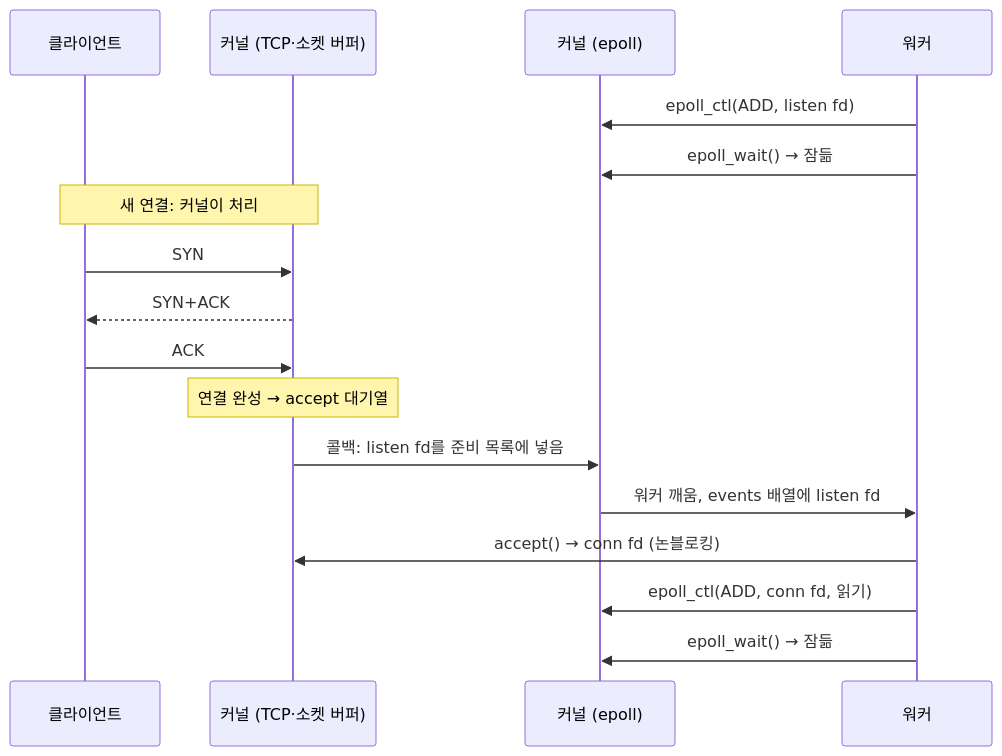
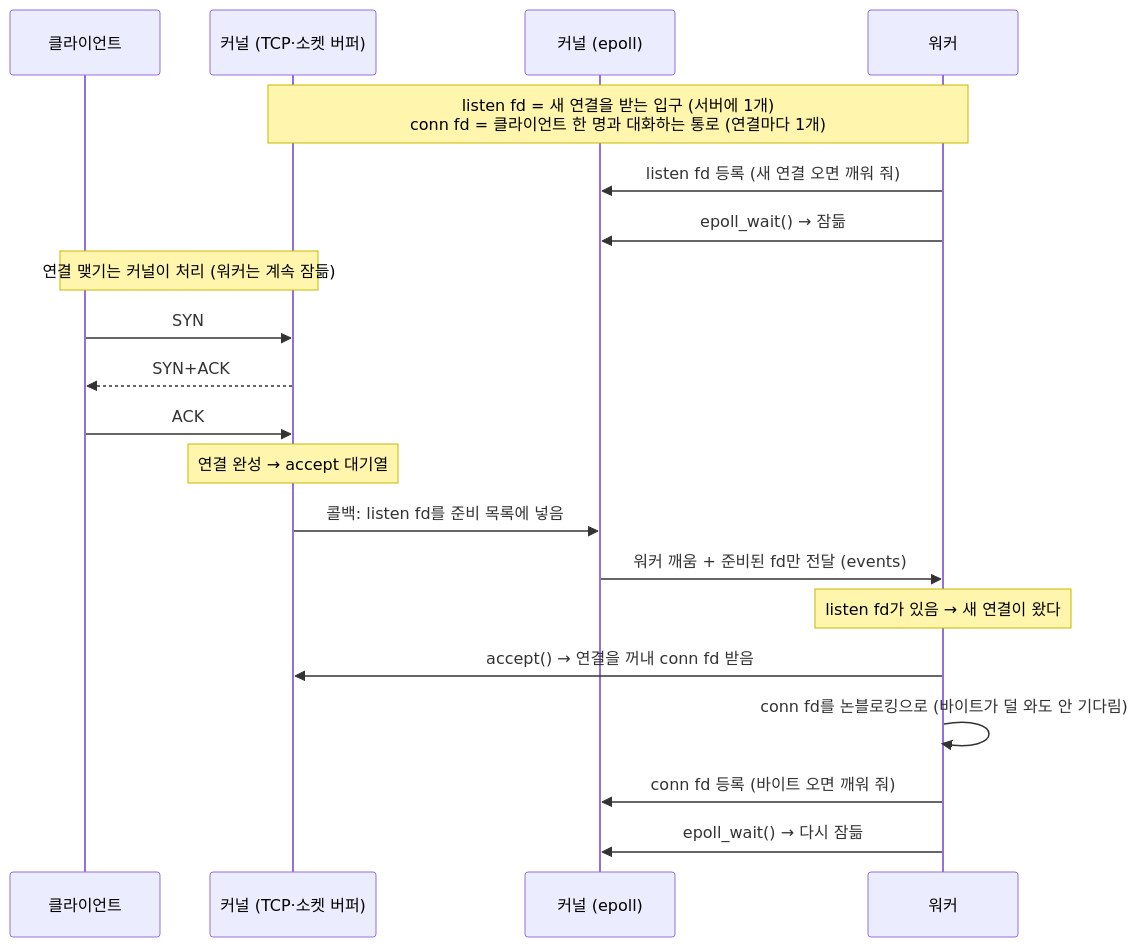
Before and after one commit to choimoohun/SW-AI-W13-Web-Server: the first of 2 diagrams in README.md, drawn with Mermaid.

````diff
--- a/README.md
+++ b/README.md
@@ -43,23 +43,28 @@
 ```mermaid
 %%{init: {'themeVariables': {'noteBkgColor': '#fff5ad', 'noteTextColor': '#000000', 'noteBorderColor': '#c9b800'}}}%%
 sequenceDiagram
     participant C as 클라이언트
     participant K as 커널 (TCP·소켓 버퍼)
     participant E as 커널 (epoll)
     participant W as 워커
 
-    W->>E: epoll_ctl(ADD, listen fd)
+    Note over K,W: listen fd = 새 연결을 받는 입구 (서버에 1개)<br/>conn fd = 클라이언트 한 명과 대화하는 통로 (연결마다 1개)
+
+    W->>E: listen fd 등록 (새 연결 오면 깨워 줘)
     W->>E: epoll_wait() → 잠듦
 
-    Note over C,K: 새 연결: 커널이 처리
+    Note over C,K: 연결 맺기는 커널이 처리 (워커는 계속 잠듦)
     C->>K: SYN
     K-->>C: SYN+ACK
     C->>K: ACK
     Note over K: 연결 완성 → accept 대기열
 
     K->>E: 콜백: listen fd를 준비 목록에 넣음
-    E->>W: 워커 깨움, events 배열에 listen fd
-    W->>K: accept() → conn fd (논블로킹)
-    W->>E: epoll_ctl(ADD, conn fd, 읽기)
-    W->>E: epoll_wait() → 잠듦
+    E->>W: 워커 깨움 + 준비된 fd만 전달 (events)
+    Note over W: listen fd가 있음 → 새 연결이 왔다
+
+    W->>K: accept() → 연결을 꺼내 conn fd 받음
+    W->>W: conn fd를 논블로킹으로 (바이트가 덜 와도 안 기다림)
+    W->>E: conn fd 등록 (바이트 오면 깨워 줘)
+    W->>E: epoll_wait() → 다시 잠듦
 ```
````
